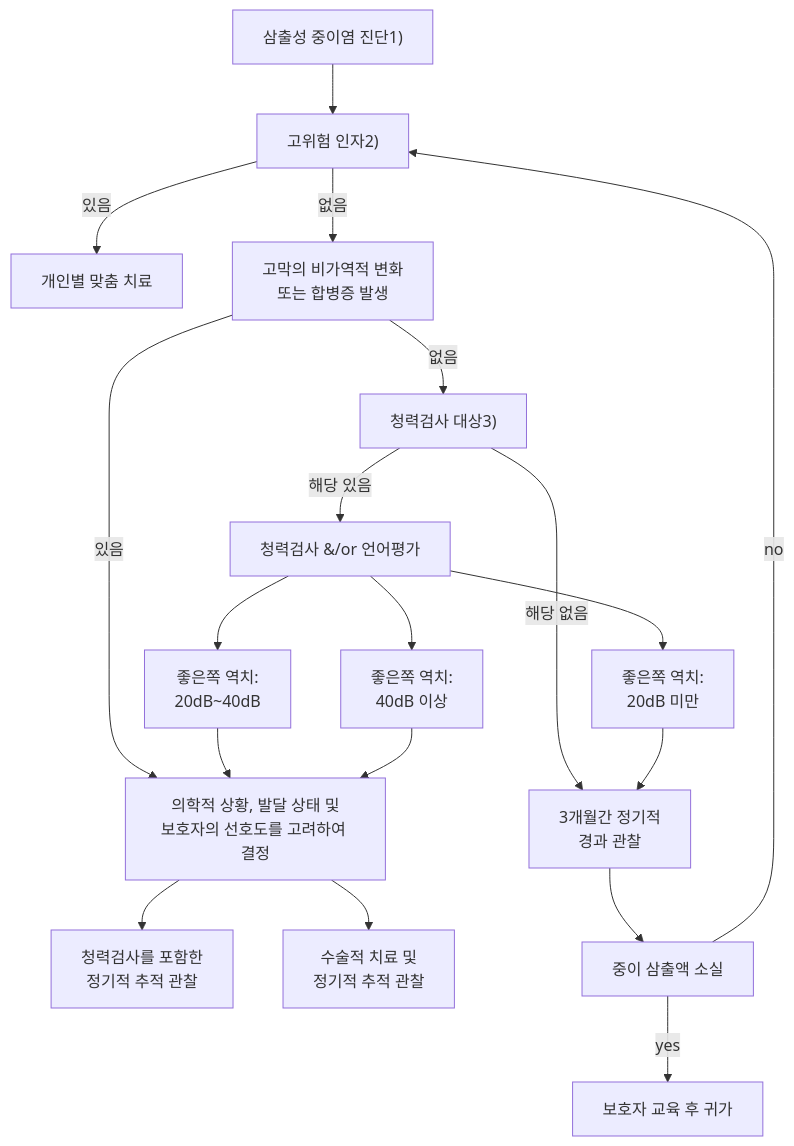
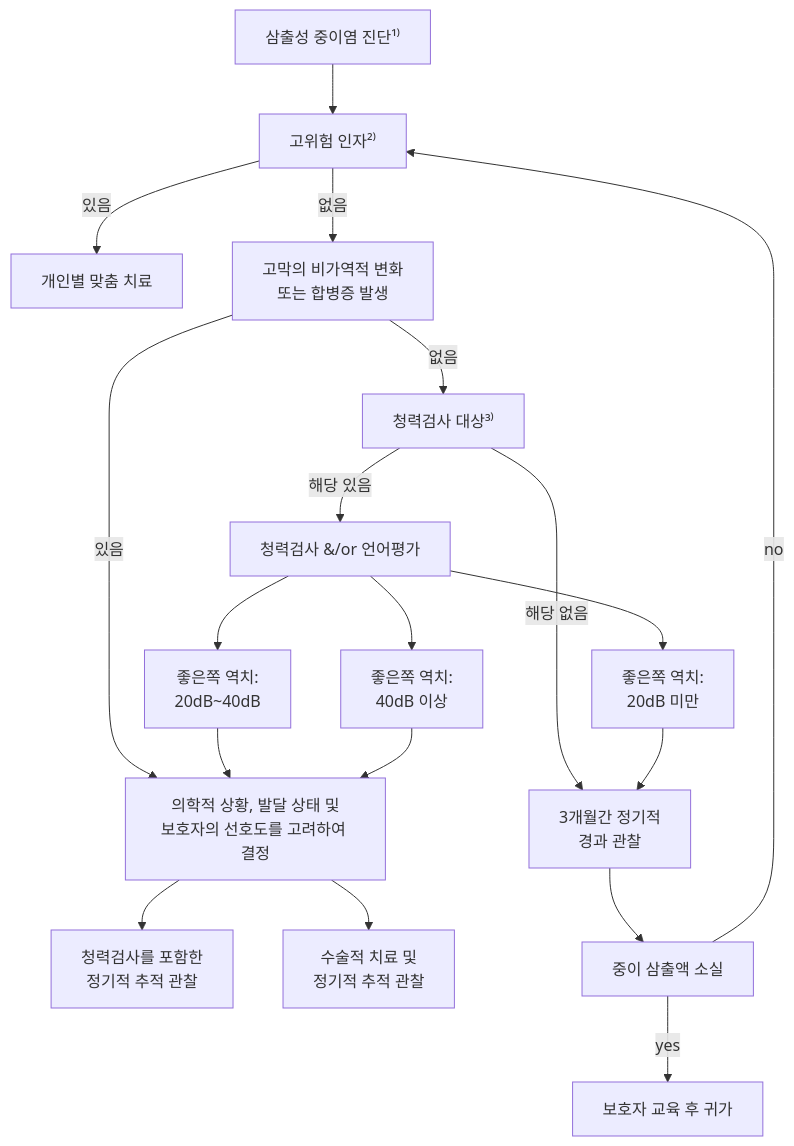
One commit to familyoh77/familyoh77 changed the third of 3 diagrams in 222_/048_-otitis-media.md. Above: the diagram before and after it, drawn with Mermaid. The commit also changed other lines of this file, not shown here.

````diff
--- a/222_/048_-otitis-media.md
+++ b/222_/048_-otitis-media.md
@@ -512,42 +512,34 @@
 ```mermaid
 graph TD
-    %% 시작 노드
-    Start["삼출성 중이염 진단1)"]
-
-    %% 고위험 인자 판단
-    Risk["고위험 인자2)"]
+    Start["삼출성 중이염 진단¹⁾"]
+    Risk["고위험 인자²⁾"]
     Start --> Risk
     
     Risk -- 있음 --> Custom["개인별 맞춤 치료"]
     
     Risk -- 없음 --> Irreversible["고막의 비가역적 변화<br/>또는 합병증 발생"]
     
-    %% 합병증 여부 분기
     Irreversible -- 있음 --> Decision["의학적 상황, 발달 상태 및<br/>보호자의 선호도를 고려하여 결정"]
     
-    Irreversible -- 없음 --> Target["청력검사 대상3)"]
+    Irreversible -- 없음 --> Target["청력검사 대상³⁾"]
     
-    %% 청력검사 대상 여부 분기
     Target -- 해당 없음 --> Observation["3개월간 정기적<br/>경과 관찰"]
     
     Target -- 해당 있음 --> Evaluation["청력검사 &/or 언어평가"]
     
-    %% 청력검사 결과 분기
     Evaluation --> Result1["좋은쪽 역치:<br/>20dB 미만"]
     Evaluation --> Result2["좋은쪽 역치:<br/>20dB~40dB"]
     Evaluation --> Result3["좋은쪽 역치:<br/>40dB 이상"]
     
     Result1 --> Observation
     Result2 --> Decision
     Result3 --> Decision
     
-    %% 최종 치료 방침
     Decision --> Plan1["청력검사를 포함한<br/>정기적 추적 관찰"]
     Decision --> Plan2["수술적 치료 및<br/>정기적 추적 관찰"]
     
-    %% 경과 관찰 후속
     Observation --> Disappear["중이 삼출액 소실"]
     
     Disappear -- yes --> Home["보호자 교육 후 귀가"]
     Disappear -- no --> Risk
 ```
````
